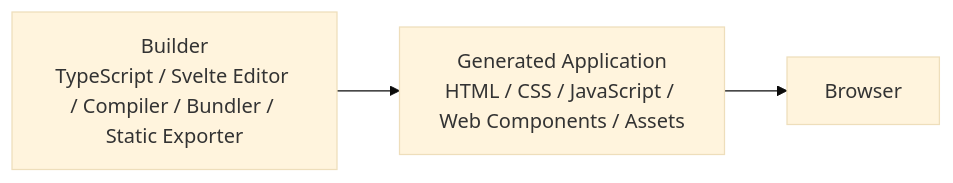
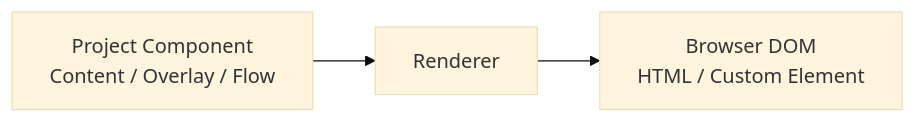
One commit to northwest-hcu/FlagShip changed the second of 11 diagrams in docs/architecture/03-technology-and-system-architecture.md. Above: the diagram before and after it, drawn with Mermaid (base theme). The commit also changed other lines of this file and 11 other files, not shown here.

Commit message:
docs: align architecture with component ownership model

````diff
--- a/docs/architecture/03-technology-and-system-architecture.md
+++ b/docs/architecture/03-technology-and-system-architecture.md
@@ -521,6 +61,8 @@
 ```mermaid
 flowchart LR
-    Builder["Builder<br/>TypeScript / Svelte Editor / Compiler / Bundler / Static Exporter"]
-    Builder --> Generated["Generated Application<br/>HTML / CSS / JavaScript / Web Components / Assets"]
-    Generated --> Browser
+    Component["Project Component<br/>Content / Overlay / Flow"]
+    Renderer["Renderer"]
+    DOM["Browser DOM<br/>HTML / Custom Element"]
+
+    Component --> Renderer --> DOM
 ```
````
